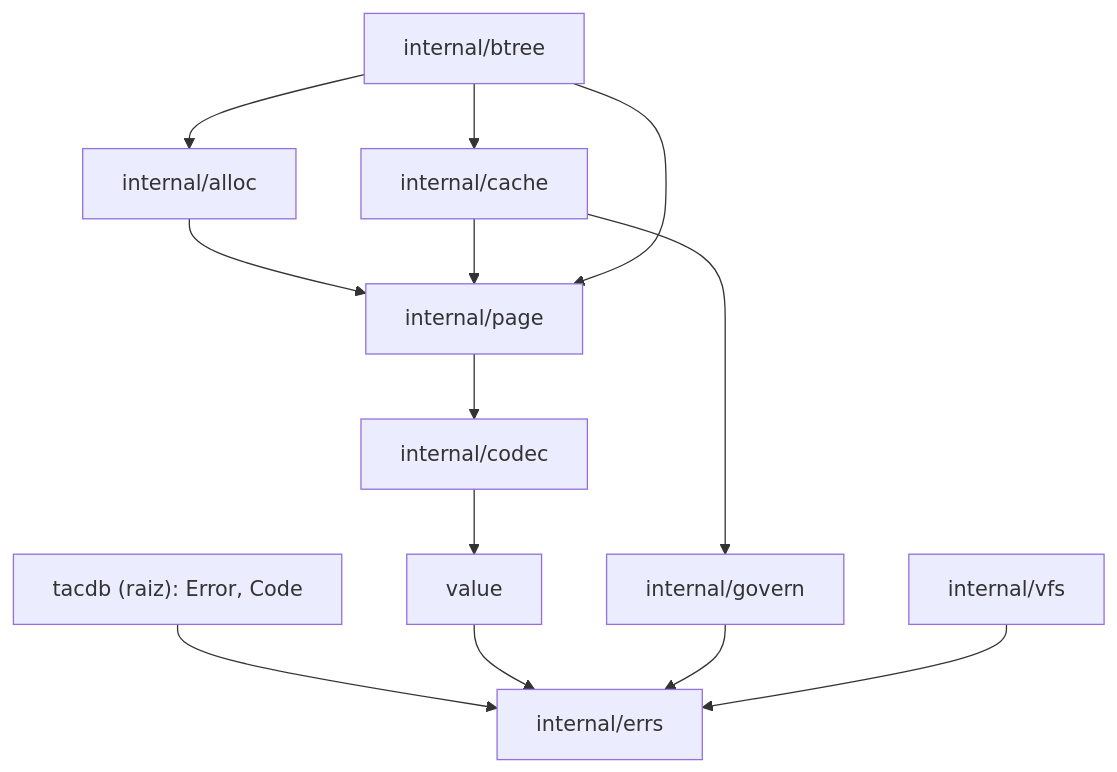
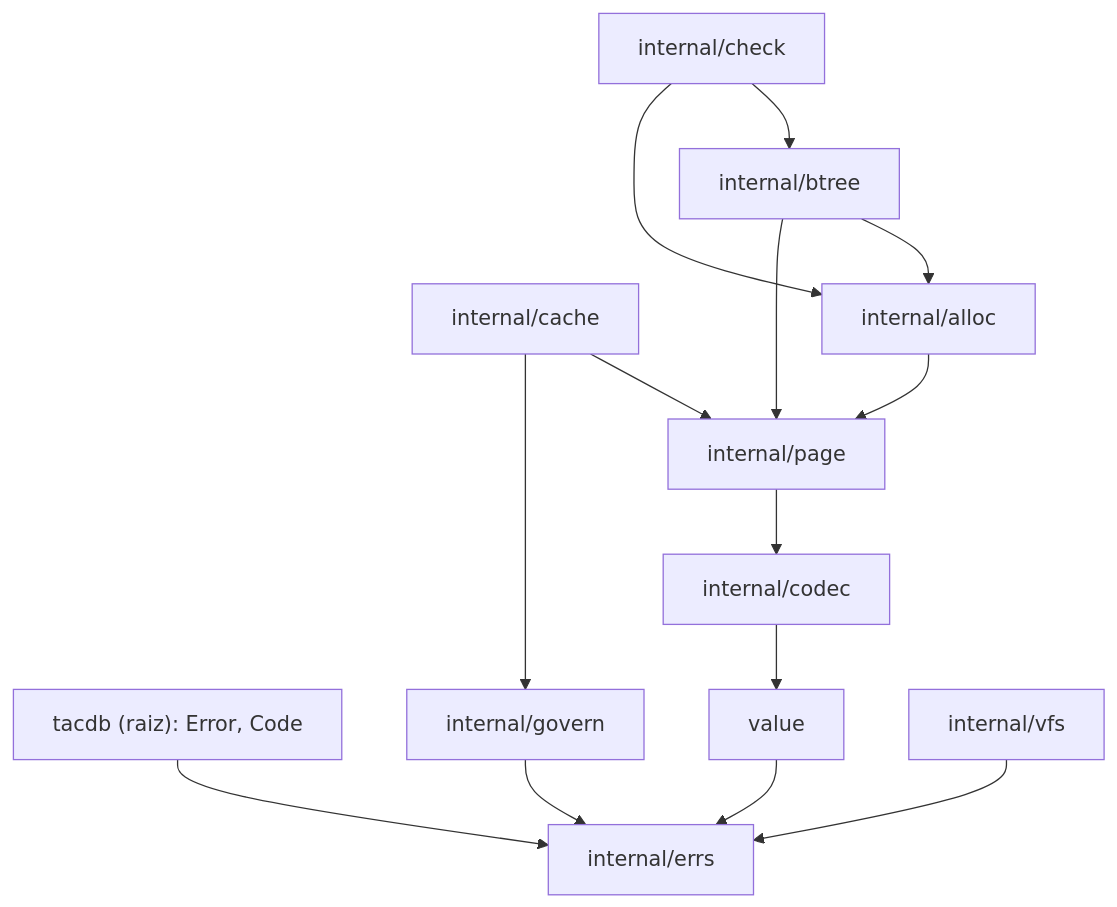
The diagram in docs/superpowers/specs/2026-10-24-m1-fundacao-design.md (TacFlow/tac-db), drawn with Mermaid before and after one commit. The commit also changed other lines of this file and 1 other file, not shown here.

````diff
--- a/docs/superpowers/specs/2026-10-24-m1-fundacao-design.md
+++ b/docs/superpowers/specs/2026-10-24-m1-fundacao-design.md
@@ -64,15 +79,16 @@
 ```mermaid
 flowchart TD
   T["tacdb (raiz): Error, Code"] --> E["internal/errs"]
   V["value"] --> E
   C["internal/codec"] --> V
   G["internal/govern"] --> E
   F["internal/vfs"] --> E
   P["internal/page"] --> C
-  A["internal/alloc"] --> P
   K["internal/cache"] --> P
   K --> G
+  A["internal/alloc"] --> P
   B["internal/btree"] --> A
-  B --> K
   B --> P
+  H["internal/check"] --> B
+  H --> A
 ```
````
